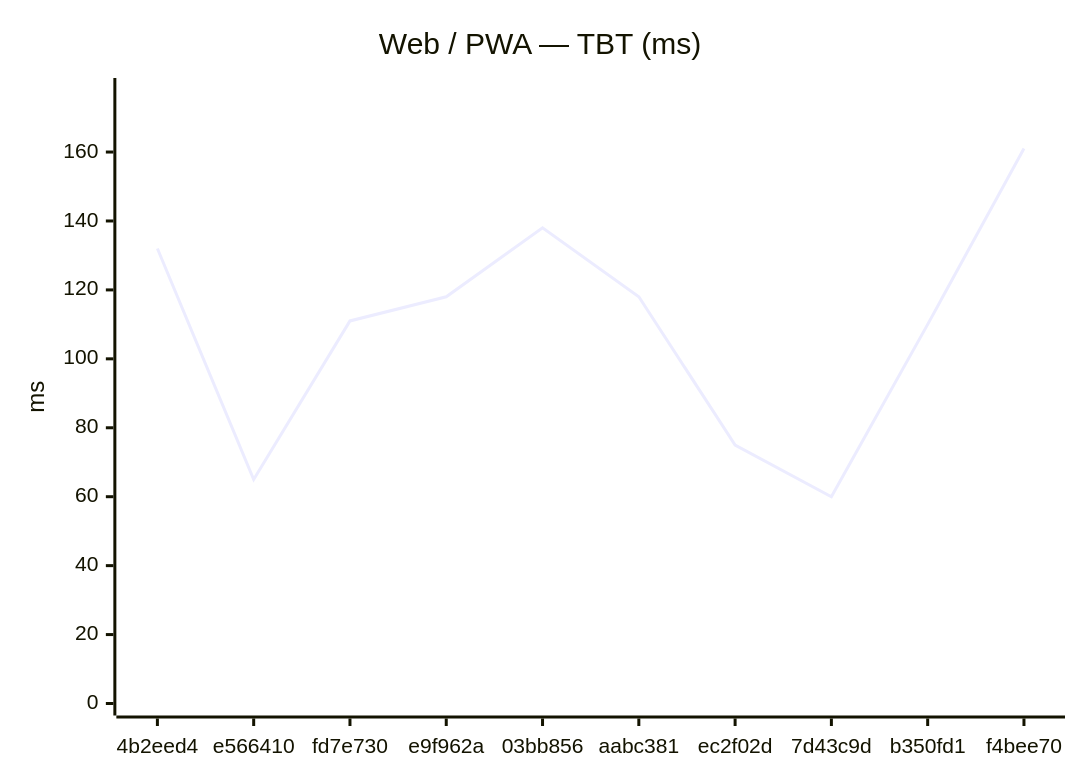
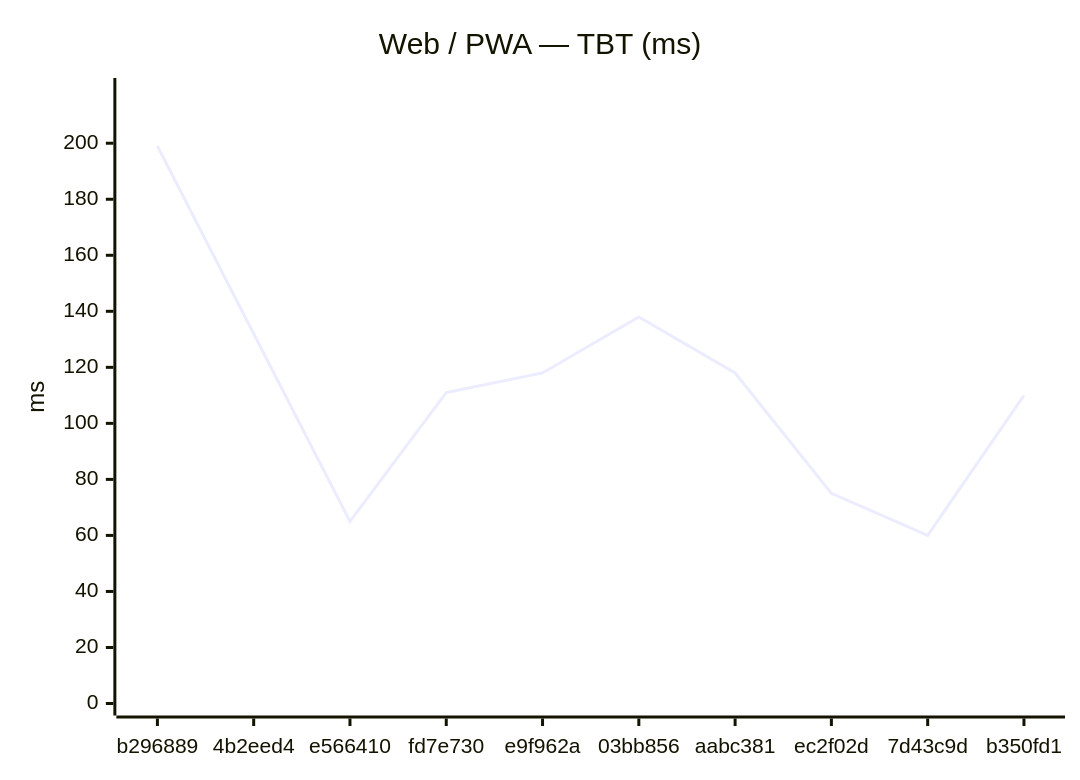
One commit to Metaheurist/Rianell changed the second of 18 diagrams in benchmarks/compare.md. Above: the diagram before and after it, drawn with Mermaid. The commit also changed other lines of this file and 11 other files, not shown here.

````diff
--- a/benchmarks/compare.md
+++ b/benchmarks/compare.md
@@ -31,7 +31,7 @@
 ```mermaid
 xychart-beta
     title "Web / PWA — TBT (ms)"
-    x-axis ["4b2eed4", "e566410", "fd7e730", "e9f962a", "03bb856", "aabc381", "ec2f02d", "7d43c9d", "b350fd1", "f4bee70"]
-    y-axis "ms" 0 --> 178
-    line [132, 65, 111, 118, 138, 118, 75, 60, 110, 161]
+    x-axis ["b296889", "4b2eed4", "e566410", "fd7e730", "e9f962a", "03bb856", "aabc381", "ec2f02d", "7d43c9d", "b350fd1"]
+    y-axis "ms" 0 --> 219
+    line [199, 132, 65, 111, 118, 138, 118, 75, 60, 110]
 ```
````
